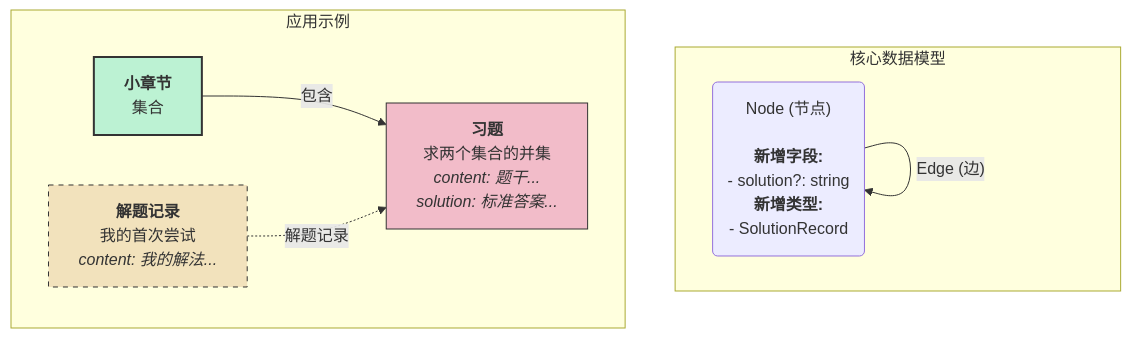
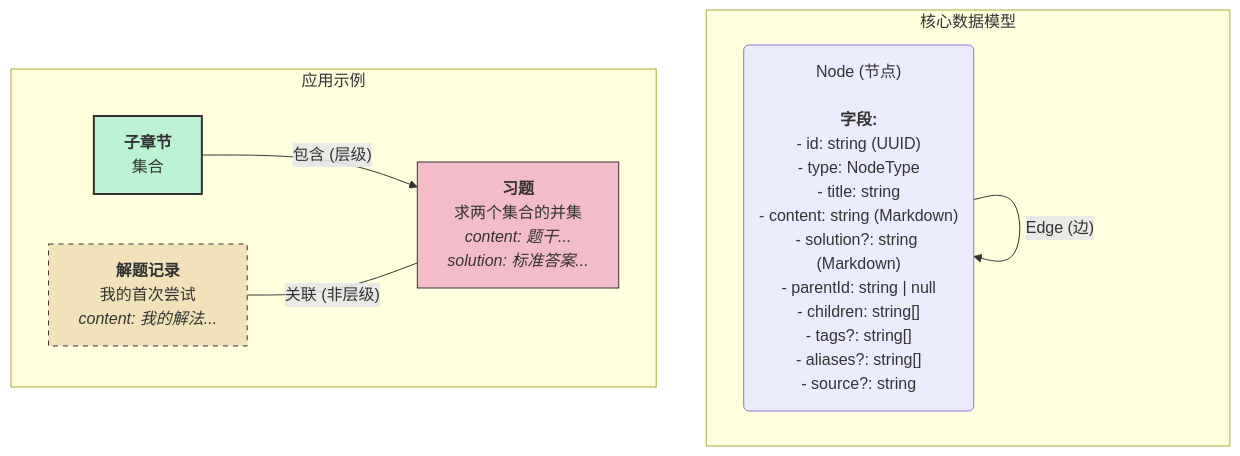
The diagram in front/README.md (faithleysath/math-note), drawn with Mermaid before and after one commit. The commit also changed other lines of this file and 14 other files, not shown here.

````diff
--- a/front/README.md
+++ b/front/README.md
@@ -18,23 +18,23 @@
 ```mermaid
 graph TD
     subgraph "核心数据模型"
         direction LR
-        Node("Node (节点)<br><br><b>新增字段:</b><br>- solution?: string<br><b>新增类型:</b><br>- SolutionRecord") -- "Edge (边)" --> Node
+        Node("Node (节点)<br><br><b>字段:</b><br>- id: string (UUID)<br>- type: NodeType<br>- title: string<br>- content: string (Markdown)<br>- solution?: string (Markdown)<br>- parentId: string | null<br>- children: string[]<br>- tags?: string[]<br>- aliases?: string[]<br>- source?: string") -- "Edge (边)" --> Node
     end
 
     subgraph "应用示例"
         %% 节点定义
-        SubChapter1["<b>小章节</b><br>集合"]
+        SubChapter1["<b>子章节</b><br>集合"]
         Exercise1["<b>习题</b><br>求两个集合的并集<br><i>content: 题干...</i><br><i>solution: 标准答案...</i>"]
         MySolution1["<b>解题记录</b><br>我的首次尝试<br><i>content: 我的解法...</i>"]
 
         %% 关系
-        SubChapter1 -- "包含" --> Exercise1
-        MySolution1 -.->|解题记录| Exercise1
+        SubChapter1 -- "包含 (层级)" --> Exercise1
+        MySolution1 -- "关联 (非层级)" --- Exercise1
     end
 
     %% 样式
     style SubChapter1 fill:#bcf2d3,stroke:#333,stroke-width:2px
     style Exercise1 fill:#f2bcc9,stroke:#333,stroke-width:1px
     style MySolution1 fill:#f2e2bc,stroke:#333,stroke-width:1px,stroke-dasharray: 5 5
 ```
````
